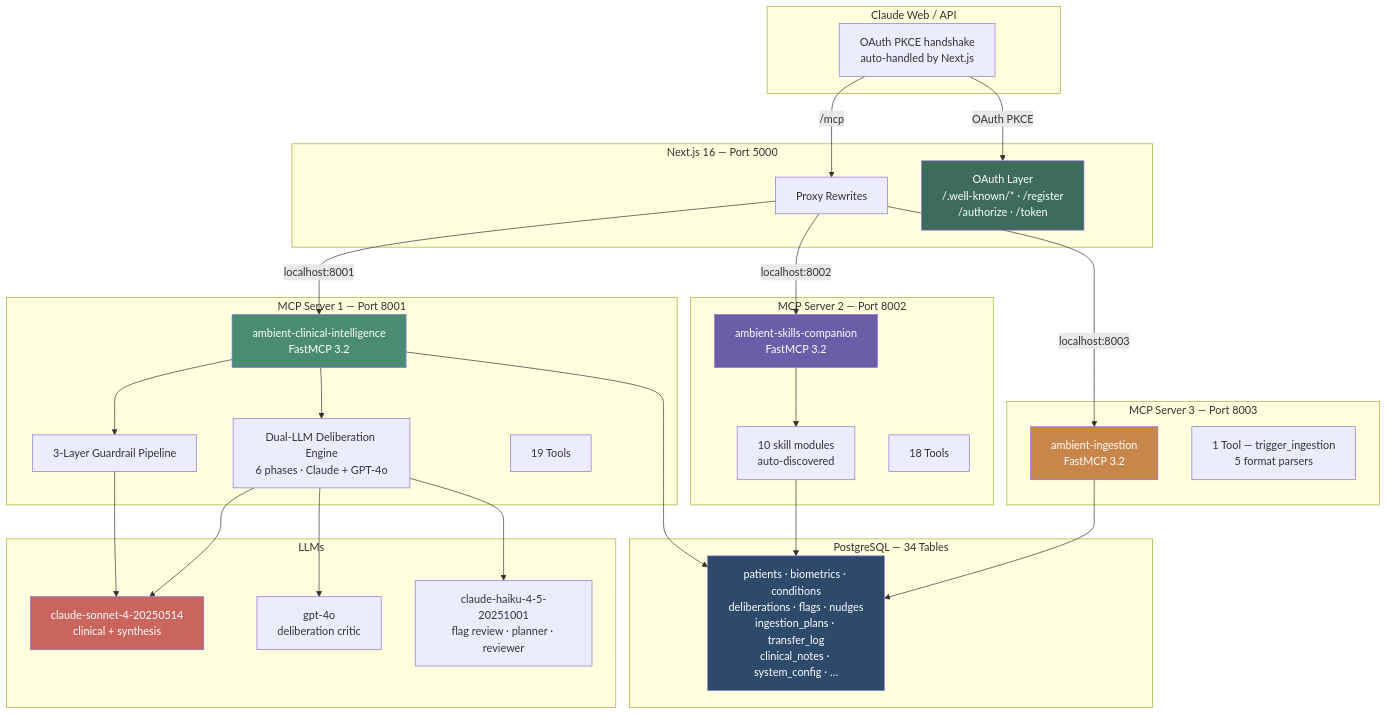
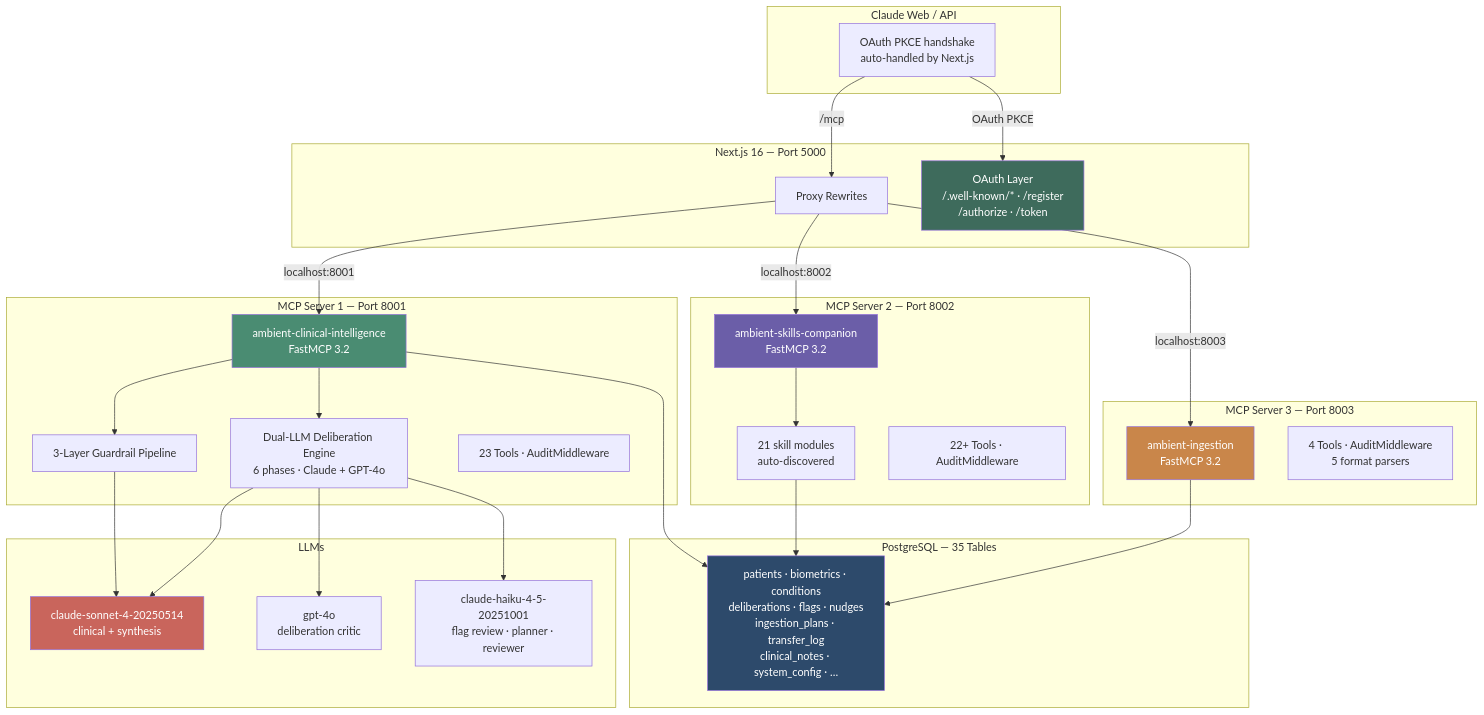
Before and after one commit to aliomraniH/ambient-patient-companion: the second of 7 diagrams in README.md, drawn with Mermaid. The commit also changed other lines of this file and 3 other files, not shown here.

````diff
--- a/README.md
+++ b/README.md
@@ -57,60 +57,60 @@
 ```mermaid
 graph TB
     subgraph "Claude Web / API"
         CW["OAuth PKCE handshake<br/>auto-handled by Next.js"]
     end
 
     subgraph "Next.js 16 — Port 5000"
         NX["Proxy Rewrites"]
         OA["OAuth Layer<br/>/.well-known/* · /register<br/>/authorize · /token"]
     end
 
     subgraph "MCP Server 1 — Port 8001"
         S1["ambient-clinical-intelligence<br/>FastMCP 3.2"]
         G1["3-Layer Guardrail Pipeline"]
         DE["Dual-LLM Deliberation Engine<br/>6 phases · Claude + GPT-4o"]
-        T1["19 Tools"]
+        T1["23 Tools · AuditMiddleware"]
     end
 
     subgraph "MCP Server 2 — Port 8002"
         S2["ambient-skills-companion<br/>FastMCP 3.2"]
-        SK["10 skill modules<br/>auto-discovered"]
-        T2["18 Tools"]
+        SK["21 skill modules<br/>auto-discovered"]
+        T2["22+ Tools · AuditMiddleware"]
     end
 
     subgraph "MCP Server 3 — Port 8003"
         S3["ambient-ingestion<br/>FastMCP 3.2"]
-        T3["1 Tool — trigger_ingestion<br/>5 format parsers"]
+        T3["4 Tools · AuditMiddleware<br/>5 format parsers"]
     end
 
-    subgraph "PostgreSQL — 34 Tables"
+    subgraph "PostgreSQL — 35 Tables"
         DB["patients · biometrics · conditions<br/>deliberations · flags · nudges<br/>ingestion_plans · transfer_log<br/>clinical_notes · system_config · …"]
     end
 
     subgraph "LLMs"
         AN["claude-sonnet-4-20250514<br/>clinical + synthesis"]
         GP["gpt-4o<br/>deliberation critic"]
         HA["claude-haiku-4-5-20251001<br/>flag review · planner · reviewer"]
     end
 
     CW -->|"OAuth PKCE"| OA
     CW -->|"/mcp"| NX
     NX -->|"localhost:8001"| S1
     NX -->|"localhost:8002"| S2
     NX -->|"localhost:8003"| S3
 
     S1 --> G1 --> AN
     S1 --> DE --> AN
     DE --> GP
     DE --> HA
     S1 --> DB
     S2 --> SK --> DB
     S3 --> DB
 
     style S1 fill:#4A8C72,color:#fff
     style S2 fill:#6B5EA8,color:#fff
     style S3 fill:#C9864A,color:#fff
     style DB fill:#2d4a6b,color:#fff
     style AN fill:#c9655c,color:#fff
     style OA fill:#3E6B5C,color:#fff
 ```
````
